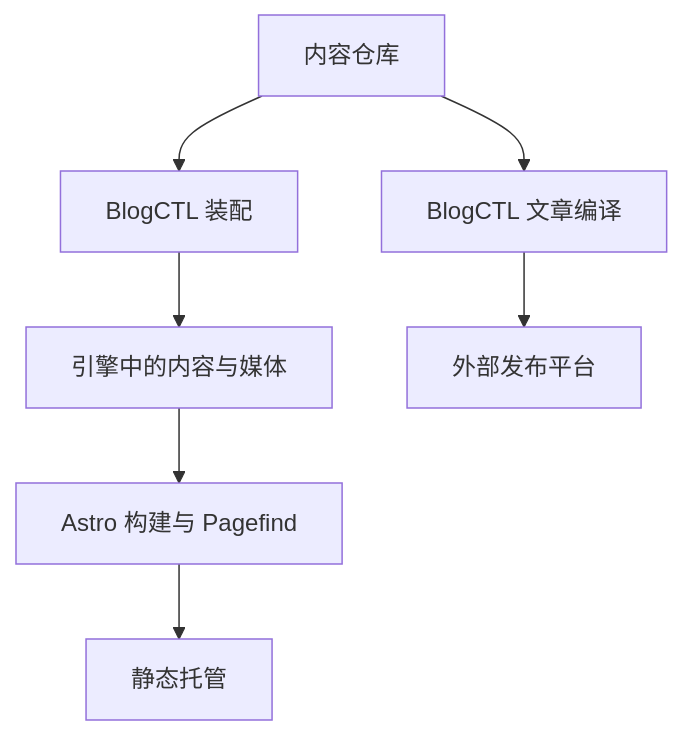
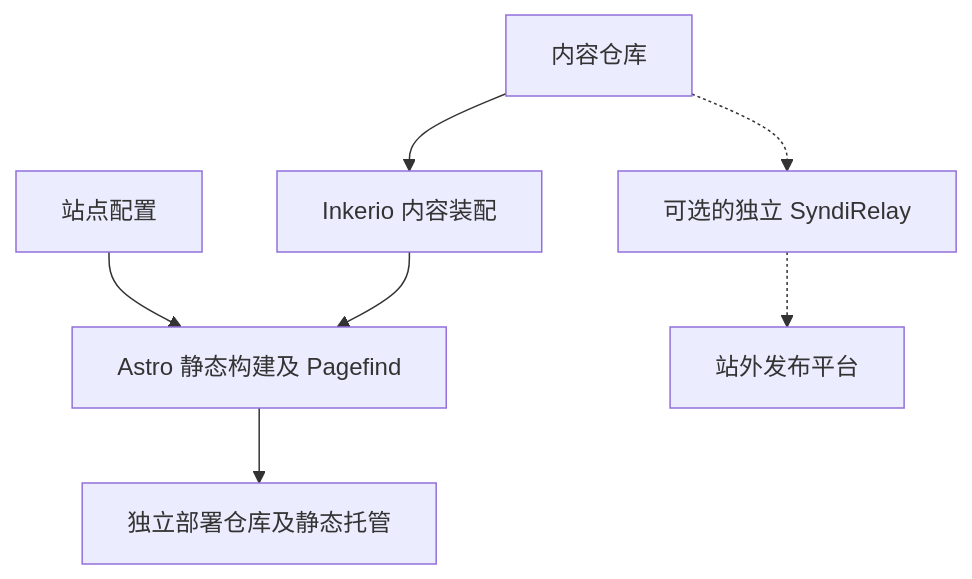
Before and after one commit to ThinkerQAQ/inkerio: the diagram in docs/zh-CN/concepts/system.md, drawn with Mermaid. The commit also changed other lines of this file and 61 other files, not shown here.

````diff
--- a/docs/zh-CN/concepts/system.md
+++ b/docs/zh-CN/concepts/system.md
@@ -7,9 +7,9 @@
 ```mermaid
 flowchart TD
-  C["内容仓库"] --> A["BlogCTL 装配"]
-  A --> I["引擎中的内容与媒体"]
-  I --> B["Astro 构建与 Pagefind"]
-  B --> D["静态托管"]
-  C --> P["BlogCTL 文章编译"]
-  P --> R["外部发布平台"]
+  C["内容仓库"] --> A["Inkerio 内容装配"]
+  S["站点配置"] --> B["Astro 静态构建及 Pagefind"]
+  A --> B
+  B --> D["独立部署仓库及静态托管"]
+  C -.-> P["可选的独立 SyndiRelay"]
+  P -.-> R["站外发布平台"]
 ```
````
